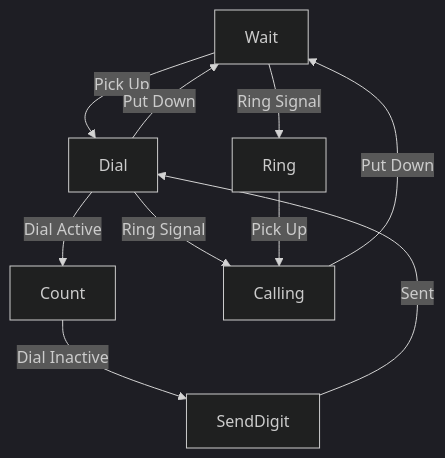
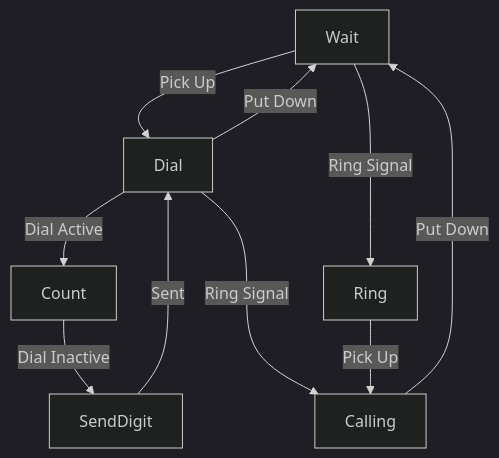
One commit to andy-preston/gpo-746-android changed the diagram in src/avr/README.md. Above: the diagram before and after it, drawn with Mermaid (dark theme).

Commit message:
It's too late in the day to get anything right first time

````diff
--- a/src/avr/README.md
+++ b/src/avr/README.md
@@ -13,12 +13,12 @@
 ```mermaid
 graph TD
     Wait -->|Pick Up| Dial
     Wait -->|Ring Signal| Ring
     Dial -->|Dial Active| Count
-    Dial -->|Ring Signal| Calling
+    Dial --->|Ring Signal| Calling
     Dial -->|Put Down| Wait
     Count -->|Dial Inactive| SendDigit
     SendDigit -->|Sent| Dial
     Ring -->|Pick Up| Calling
     Calling -->|Put Down| Wait
 ```
````
